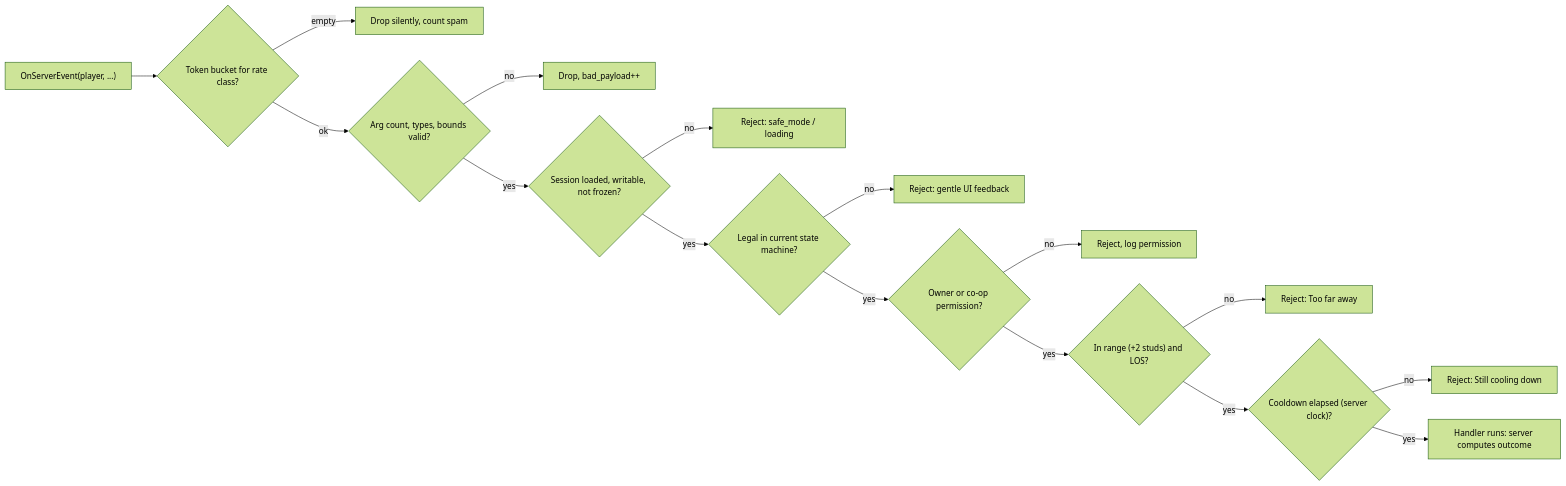
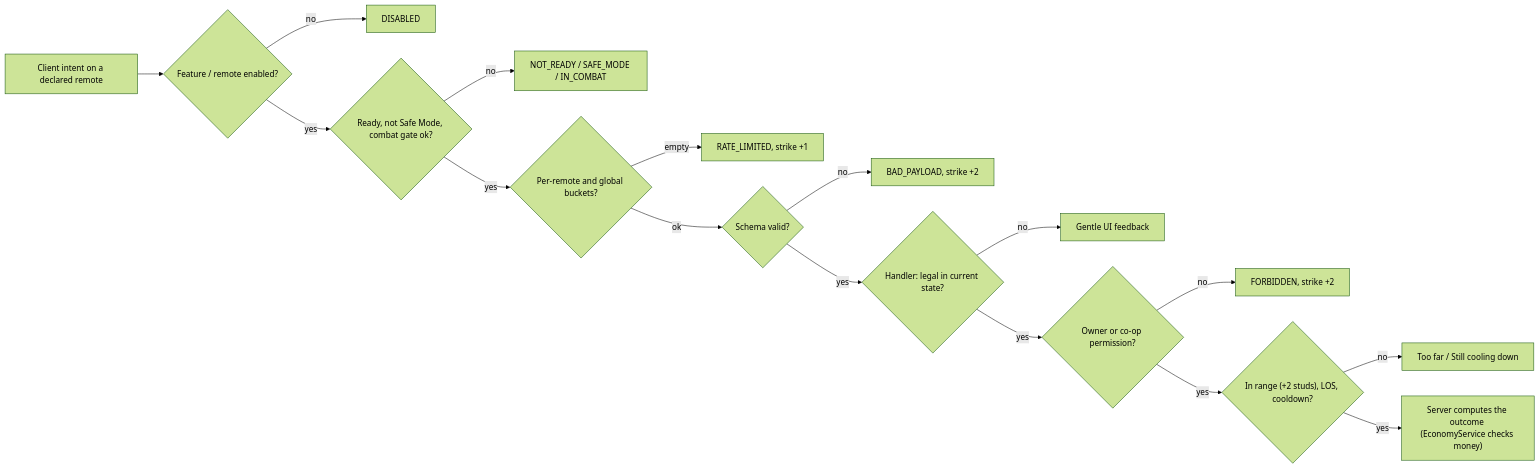
One commit to sol-singula/ra1 changed the diagram in gdd/sections/29_security_anti_exploit.md. Above: the diagram before and after it, drawn with Mermaid (forest theme). The commit also changed other lines of this file and 24 other files, not shown here.

````diff
--- a/gdd/sections/29_security_anti_exploit.md
+++ b/gdd/sections/29_security_anti_exploit.md
@@ -150,19 +148,19 @@
 ```mermaid
 %% diagram: remote-validation-pipeline
 flowchart LR
-    R["OnServerEvent(player, ...)"] --> B{"Token bucket for rate class?"}
-    B -->|"empty"| D1["Drop silently, count spam"]
-    B -->|"ok"| S{"Arg count, types, bounds valid?"}
-    S -->|"no"| D2["Drop, bad_payload++"]
-    S -->|"yes"| T{"Session loaded, writable, not frozen?"}
-    T -->|"no"| D3["Reject: safe_mode / loading"]
-    T -->|"yes"| L{"Legal in current state machine?"}
-    L -->|"no"| D4["Reject: gentle UI feedback"]
+    R["Client intent on a declared remote"] --> F{"Feature / remote enabled?"}
+    F -->|"no"| X1["DISABLED"]
+    F -->|"yes"| G{"Ready, not Safe Mode, combat gate ok?"}
+    G -->|"no"| X2["NOT_READY / SAFE_MODE / IN_COMBAT"]
+    G -->|"yes"| B{"Per-remote and global buckets?"}
+    B -->|"empty"| X3["RATE_LIMITED, strike +1"]
+    B -->|"ok"| S{"Schema valid?"}
+    S -->|"no"| X4["BAD_PAYLOAD, strike +2"]
+    S -->|"yes"| L{"Handler: legal in current state?"}
+    L -->|"no"| X5["Gentle UI feedback"]
     L -->|"yes"| O{"Owner or co-op permission?"}
-    O -->|"no"| D5["Reject, log permission"]
-    O -->|"yes"| G{"In range (+2 studs) and LOS?"}
-    G -->|"no"| D6["Reject: Too far away"]
-    G -->|"yes"| C{"Cooldown elapsed (server clock)?"}
-    C -->|"no"| D7["Reject: Still cooling down"]
-    C -->|"yes"| H["Handler runs: server computes outcome"]
+    O -->|"no"| X6["FORBIDDEN, strike +2"]
+    O -->|"yes"| N{"In range (+2 studs), LOS, cooldown?"}
+    N -->|"no"| X7["Too far / Still cooling down"]
+    N -->|"yes"| H["Server computes the outcome (EconomyService checks money)"]
 ```
````
